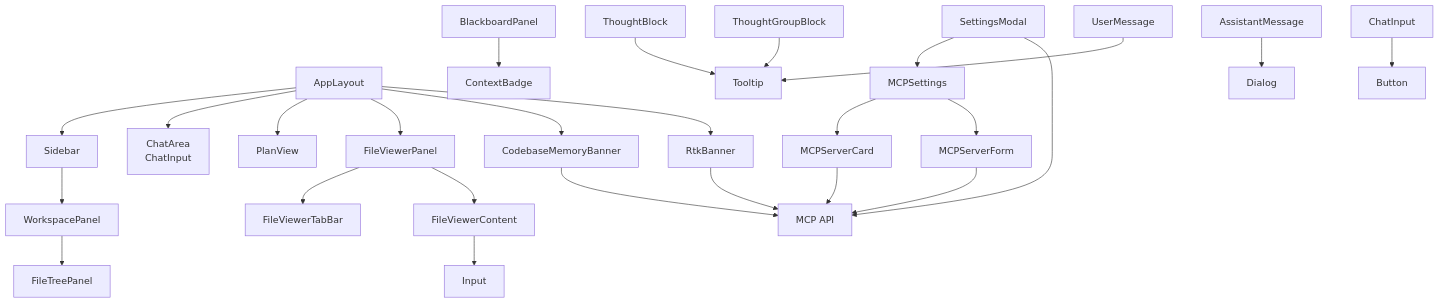
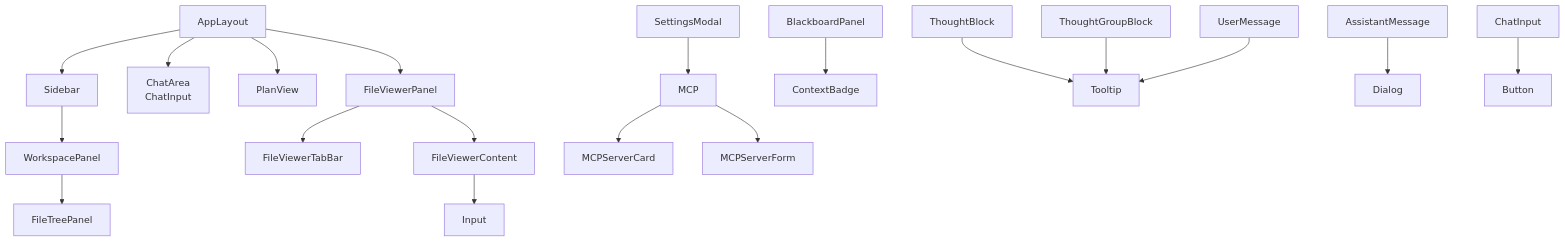
One commit to v0lka/c0wrk changed the second of 6 diagrams in .qoder/repowiki/en/content/Frontend Application/UI Components/UI Components.md. Above: the diagram before and after it, drawn with Mermaid. The commit also changed other lines of this file and 5 other files, not shown here.

````diff
--- a/.qoder/repowiki/en/content/Frontend Application/UI Components/UI Components.md
+++ b/.qoder/repowiki/en/content/Frontend Application/UI Components/UI Components.md
@@ -247,28 +229,21 @@
 ```mermaid
 graph TB
 AL["AppLayout"] --> SB["Sidebar"]
 AL --> CHAT["ChatArea<br/>ChatInput"]
 AL --> PV["PlanView"]
 AL --> FVP["FileViewerPanel"]
-AL --> CMB["CodebaseMemoryBanner"]
-AL --> RTKB["RtkBanner"]
 SB --> WP["WorkspacePanel"]
 WP --> FTP["FileTreePanel"]
 FVP --> FVTB["FileViewerTabBar"]
 FVP --> FVC["FileViewerContent"]
-CMB --> MCF["MCP API"]
-RTKB --> MCF
 SM["SettingsModal"] --> MCP
-SM --> MCF
-MSC["MCPServerCard"] --> MCF
-MSF["MCPServerForm"] --> MCF
-MCP["MCPSettings"] --> MSC
-MCP --> MSF
+MCP --> MSC["MCPServerCard"]
+MCP --> MSF["MCPServerForm"]
 BB["BlackboardPanel"] --> CB["ContextBadge"]
 TB["ThoughtBlock"] --> TIP["Tooltip"]
 TGB["ThoughtGroupBlock"] --> TIP
 AM["AssistantMessage"] --> DLG["Dialog"]
 UM["UserMessage"] --> TIP["Tooltip"]
 CI["ChatInput"] --> BTN["Button"]
 FVC --> INP["Input"]
 ```
````
